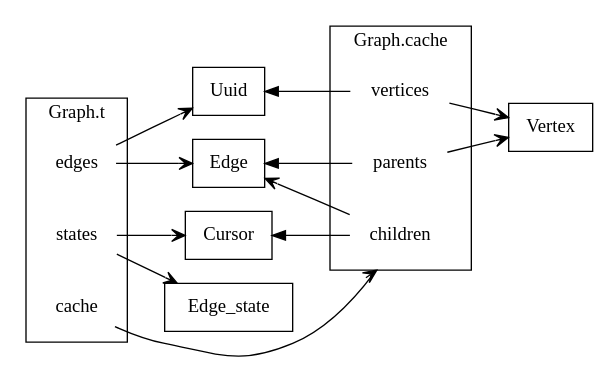
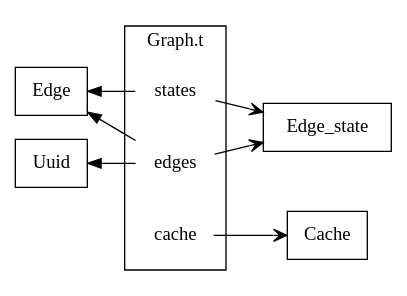
The diagram in src/grvdoc/graph_t.dot (hazelgrove/GRV), drawn with Graphviz before and after one commit. The commit also changed 5 other files, not shown here.

```diff
--- a/src/grvdoc/graph_t.dot
+++ b/src/grvdoc/graph_t.dot
@@ -1,42 +1,26 @@
 digraph G {
   rankdir=LR
   compound=true
   splines=true
   concentrate=true
 
   node [shape=box]
 
-  Verte [label="Vertex"]
   Edg [label="Edge"]
   Uuid
 
   edge [arrowhead="vee"]
 
   subgraph cluster_graph {
     label="Graph.t"
 
     node [shape=none]
 
     edges; states; cache
   }
 
-  subgraph cluster_cache {
-    label="Graph.cache"
-
-    node [shape=none]
-
-    vertices; parents; children
-  }
-
-  edges -> {Edg; Uuid}
-  states -> {Edge_state; Cursor}
-
-  cache -> children [lhead=cluster_cache]
-
-  Uuid -> vertices [dir=back]
-  Edg -> parents [dir=back]
-  vertices -> Verte
-  parents -> Verte
-  children -> Edg
-  Cursor -> children [dir=back]
+  Uuid -> edges [dir=back]
+  Edg -> {edges; states} [dir=back]
+  {edges; states} ->  Edge_state
+  cache -> Cache
 }
```
